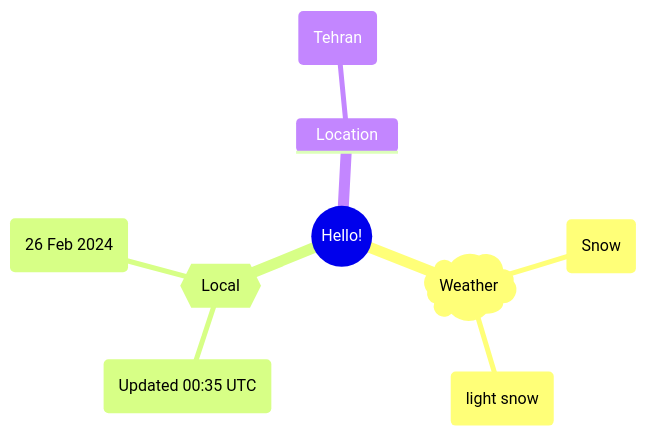
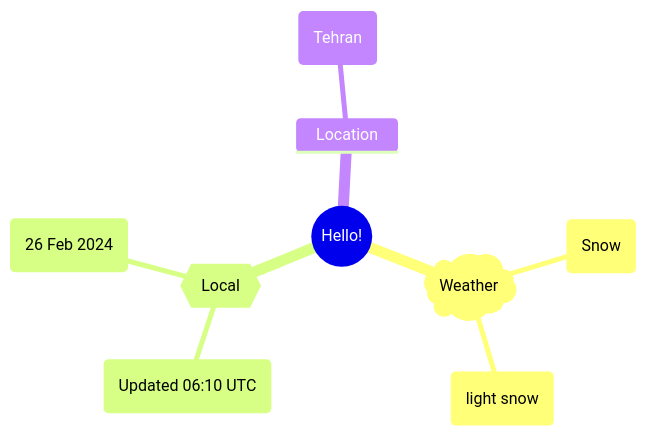
The first of 2 diagrams in README.md (Xosrov/Xosrov), drawn with Mermaid before and after one commit.

Commit message:
[bot] updated images

````diff
--- a/README.md
+++ b/README.md
@@ -3,12 +3,12 @@
 ```mermaid
 mindmap
   root((Hello!))
     )Weather(
         (Snow)
         (light snow)
     {{Local}}
-        (Updated 00:35 UTC)
+        (Updated 06:10 UTC)
         (26 Feb 2024)
     Location
         (Tehran)
 ```
````
